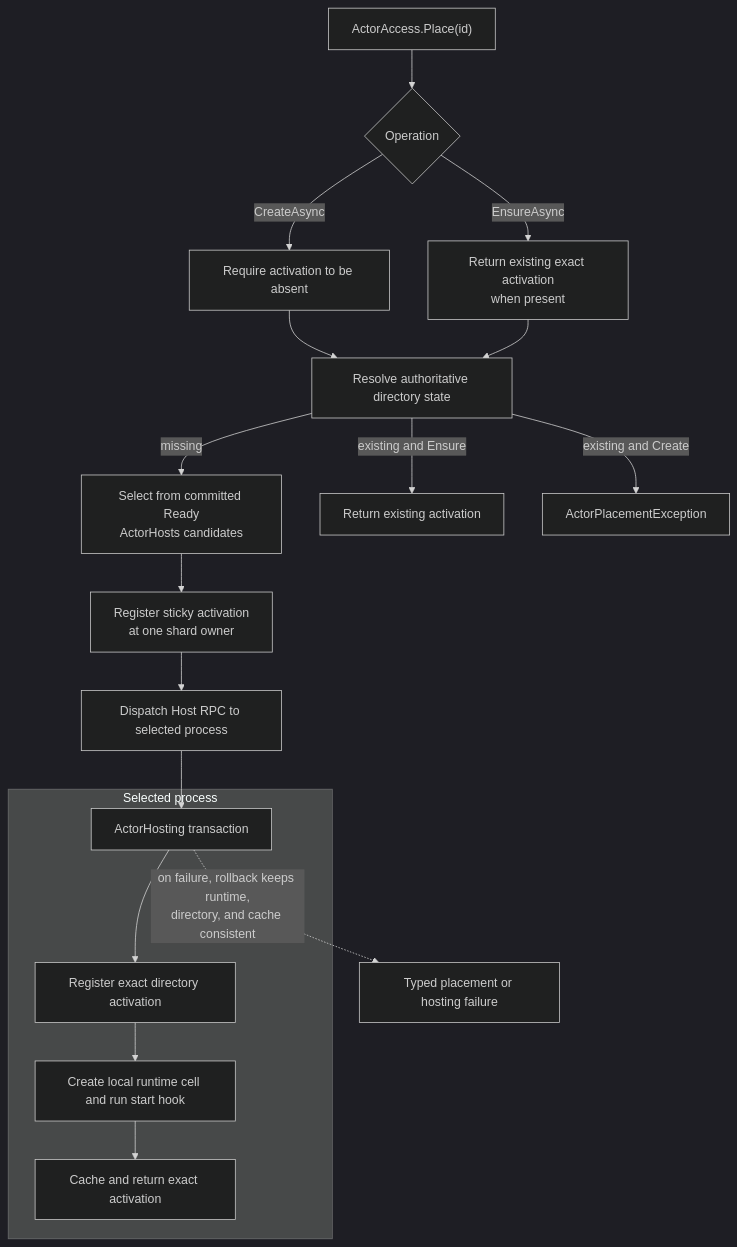
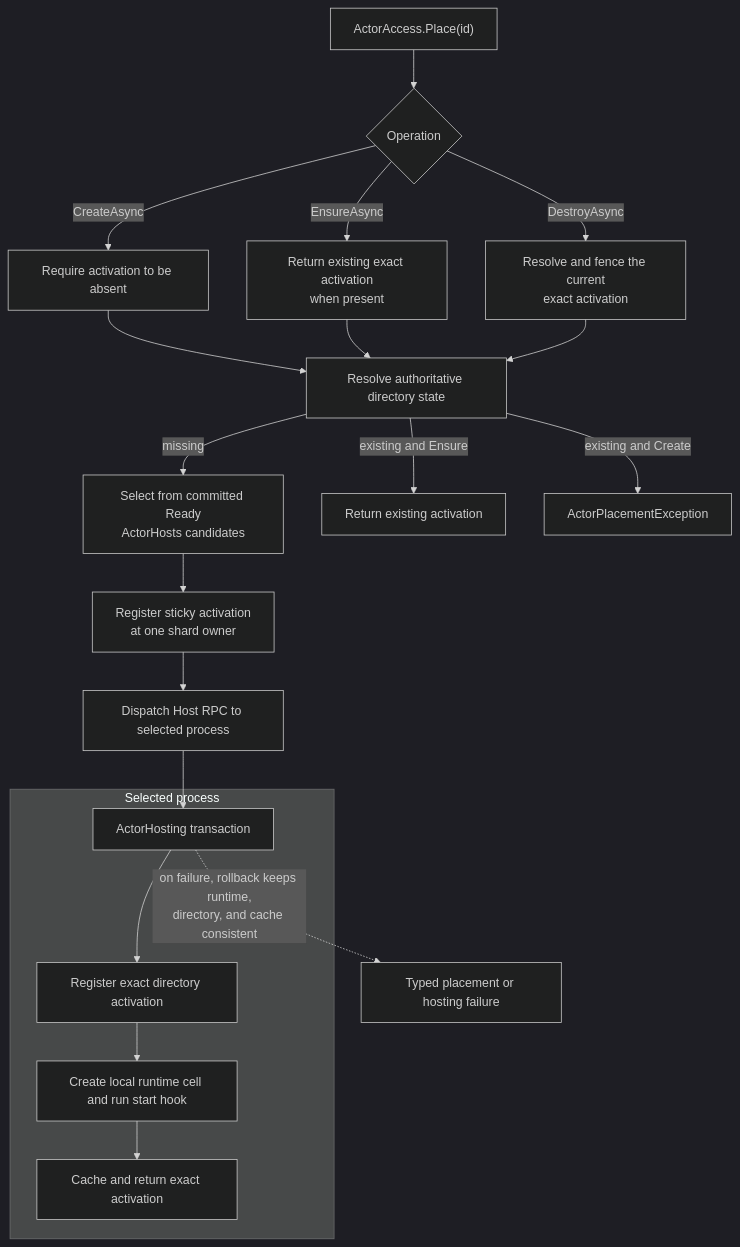
One commit to bruce48x/Lakona changed the fifth of 7 diagrams in docs/actor.md. Above: the diagram before and after it, drawn with Mermaid (dark theme). The commit also changed other lines of this file and 42 other files, not shown here.

````diff
--- a/docs/actor.md
+++ b/docs/actor.md
@@ -422,22 +423,24 @@
 ```mermaid
 flowchart TD
     B["ActorAccess.Place(id)"] --> O{"Operation"}
     O -->|"CreateAsync"| C["Require activation to be absent"]
     O -->|"EnsureAsync"| E["Return existing exact activation<br/>when present"]
+    O -->|"DestroyAsync"| X["Resolve and fence the current<br/>exact activation"]
     C --> R["Resolve authoritative directory state"]
     E --> R
+    X --> R
     R -->|"missing"| H["Select from committed Ready<br/>ActorHosts candidates"]
     R -->|"existing and Ensure"| ER["Return existing activation"]
     R -->|"existing and Create"| CF["ActorPlacementException"]
     H --> A["Register sticky activation<br/>at one shard owner"]
     A --> RP["Dispatch Host RPC to selected process"]
     RP --> TX["ActorHosting transaction"]
 
     subgraph Local["Selected process"]
         TX --> DR["Register exact directory activation"]
         DR --> LR["Create local runtime cell and run start hook"]
         LR --> OK["Cache and return exact activation"]
     end
 
     TX -.->|"on failure, rollback keeps runtime,<br/>directory, and cache consistent"| F["Typed placement or hosting failure"]
 ```
````
